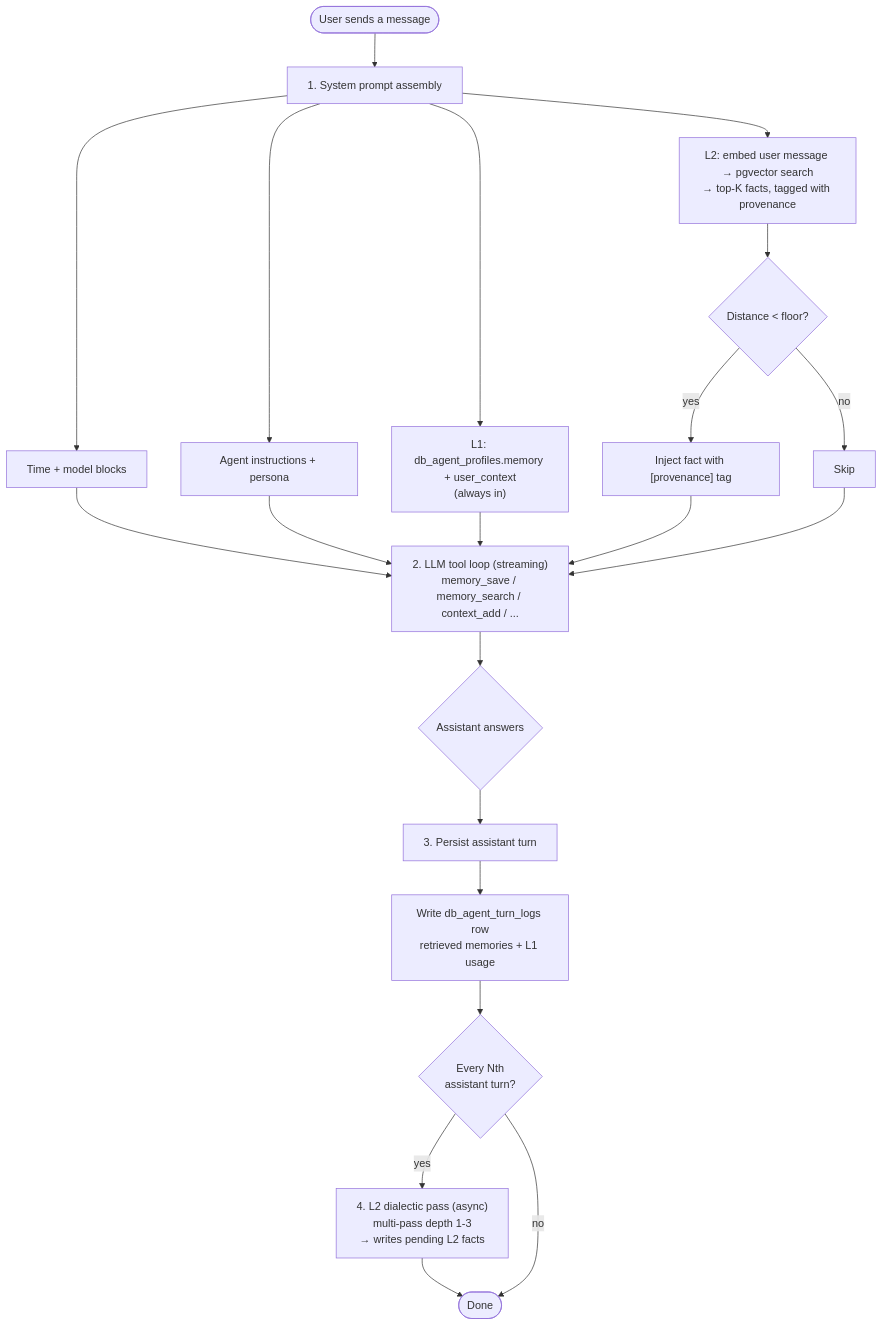
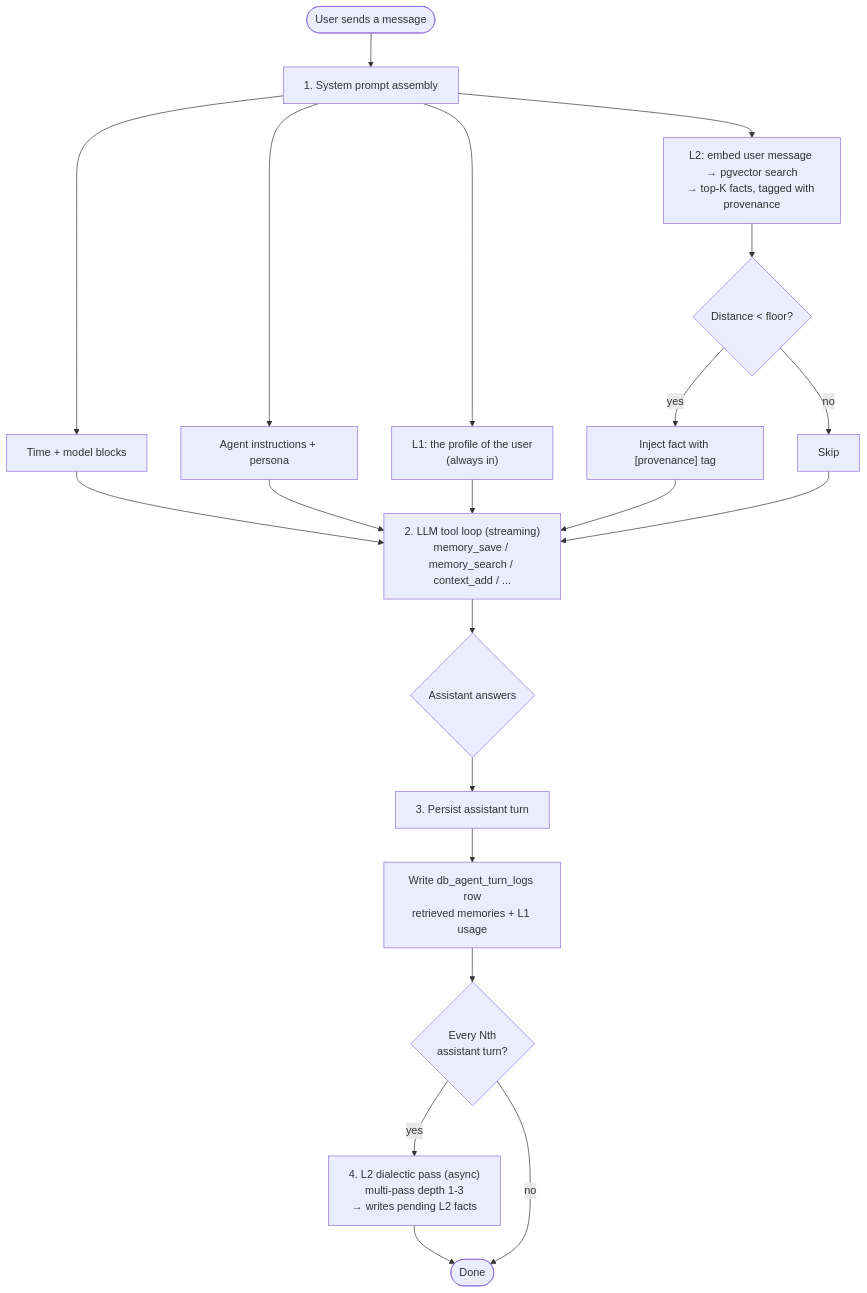
Before and after one commit to frdcmp/piuma-vault: the diagram in frontend/src/docs/content/agent-memory.md, drawn with Mermaid. The commit also changed other lines of this file and 15 other files, not shown here.

````diff
--- a/frontend/src/docs/content/agent-memory.md
+++ b/frontend/src/docs/content/agent-memory.md
@@ -44,27 +44,27 @@
 ```mermaid
 flowchart TD
     Start([User sends a message]) --> SP[1. System prompt assembly]
     SP --> SP1[Time + model blocks]
     SP --> SP2[Agent instructions + persona]
-    SP --> SP3["L1: db_agent_profiles.memory + user_context<br/>(always in)"]
+    SP --> SP3["L1: the profile of the user<br/>(always in)"]
     SP --> SP4["L2: embed user message → pgvector search<br/>→ top-K facts, tagged with provenance"]
     SP4 --> SP4a{Distance &lt; floor?}
     SP4a -->|yes| SP4b["Inject fact with [provenance] tag"]
     SP4a -->|no| SP4c[Skip]
     SP3 --> Loop
     SP4b --> Loop
     SP2 --> Loop
     SP1 --> Loop
     SP4c --> Loop
 
     Loop["2. LLM tool loop (streaming)<br/>memory_save / memory_search / context_add / ..."]
     Loop --> Answer{Assistant answers}
 
     Answer --> Persist[3. Persist assistant turn]
     Persist --> Log[Write db_agent_turn_logs row<br/>retrieved memories + L1 usage]
 
     Log --> Cadence{Every Nth<br/>assistant turn?}
     Cadence -->|yes| Dia["4. L2 dialectic pass (async)<br/>multi-pass depth 1-3<br/>→ writes pending L2 facts"]
     Cadence -->|no| Done([Done])
     Dia --> Done
 ```
````
